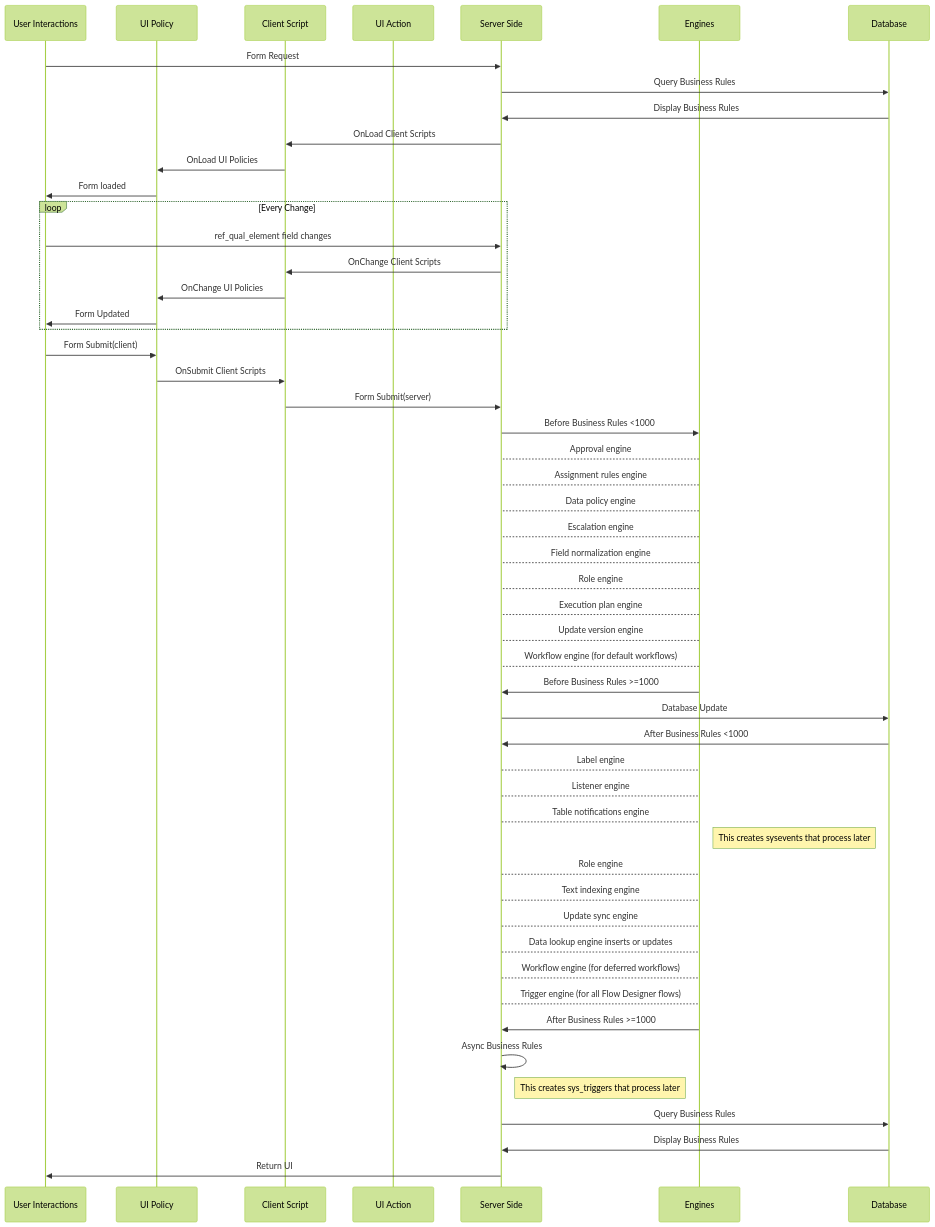
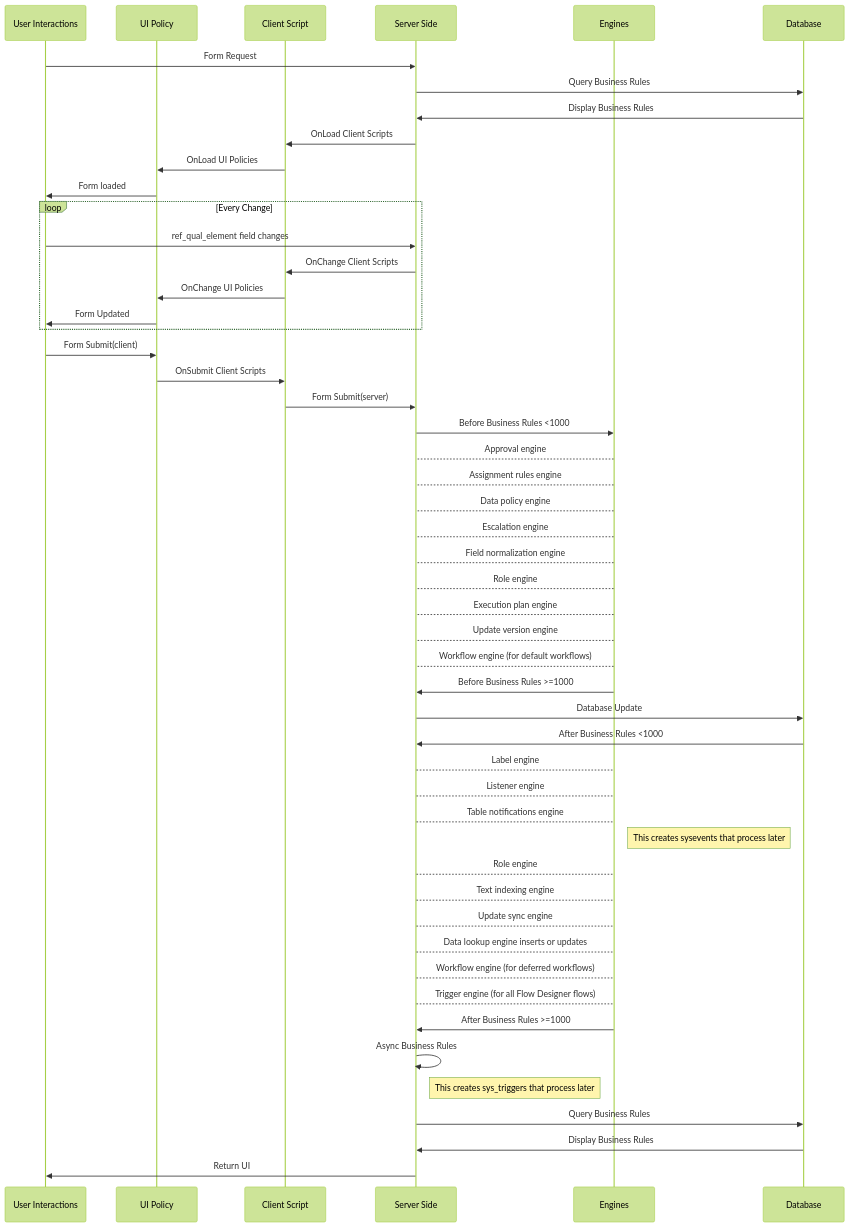
The diagram in public/mmd/BusinessRuleOrderSequence.mmd (jacebenson/workflow), drawn with Mermaid (forest theme) before and after one commit.

```diff
--- a/public/mmd/BusinessRuleOrderSequence.mmd
+++ b/public/mmd/BusinessRuleOrderSequence.mmd
@@ -1,52 +1,51 @@
 sequenceDiagram
     participant uxux as User Interactions
     participant csup as UI Policy
     participant cscs as Client Script
-    participant csua as UI Action
     participant ssss as Server Side
     participant eeee as Engines
     participant dbdb as Database
     uxux->>ssss: Form Request
     ssss->>dbdb: Query Business Rules
     dbdb->>ssss: Display Business Rules
     ssss->>cscs: OnLoad Client Scripts
     cscs->>csup: OnLoad UI Policies
     csup->>uxux: Form loaded
     loop Every Change
         uxux->>ssss: ref_qual_element field changes
         ssss->>cscs: OnChange Client Scripts
         cscs->>csup: OnChange UI Policies
         csup->>uxux: Form Updated
     end
     uxux->>csup: Form Submit(client)
     csup->>cscs: OnSubmit Client Scripts
     cscs->>ssss: Form Submit(server)
     ssss->>eeee: Before Business Rules <1000
     eeee-->ssss: Approval engine
     eeee-->ssss: Assignment rules engine
     eeee-->ssss: Data policy engine
     eeee-->ssss: Escalation engine
     eeee-->ssss: Field normalization engine
     eeee-->ssss: Role engine
     eeee-->ssss: Execution plan engine
     eeee-->ssss: Update version engine
     eeee-->ssss: Workflow engine (for default workflows)
     eeee->>ssss: Before Business Rules >=1000
     ssss->>dbdb: Database Update
     dbdb->>ssss: After Business Rules <1000
     ssss-->eeee: Label engine
     ssss-->eeee: Listener engine
     ssss-->eeee: Table notifications engine
     Note right of eeee: This creates sysevents that process later
     ssss-->eeee: Role engine
     ssss-->eeee: Text indexing engine
     ssss-->eeee: Update sync engine
     ssss-->eeee: Data lookup engine inserts or updates
     ssss-->eeee: Workflow engine (for deferred workflows)
     ssss-->eeee: Trigger engine (for all Flow Designer flows)
     eeee->>ssss: After Business Rules >=1000
     ssss->>ssss: Async Business Rules
     Note right of ssss: This creates sys_triggers that process later
     ssss->>dbdb: Query Business Rules
     dbdb->>ssss: Display Business Rules
     ssss->>uxux: Return UI
```
